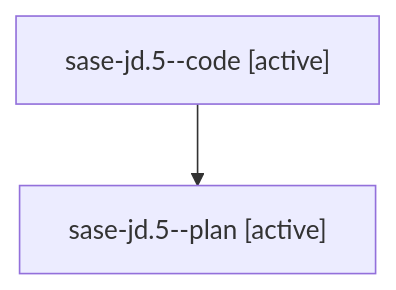
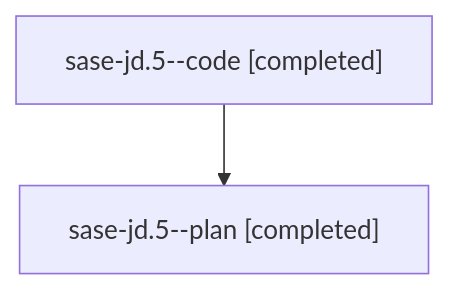
One commit to sase-org/sase--agents changed the diagram in families/bbugyi200.athena.sase-jd.5.md. Above: the diagram before and after it, drawn with Mermaid. The commit also changed other lines of this file and 72 other files, not shown here.

````diff
--- a/families/bbugyi200.athena.sase-jd.5.md
+++ b/families/bbugyi200.athena.sase-jd.5.md
@@ -9,6 +9,6 @@
 ```mermaid
 flowchart TD
-  n0["sase-jd.5--code [active]"]
-  n1["sase-jd.5--plan [active]"]
+  n0["sase-jd.5--code [completed]"]
+  n1["sase-jd.5--plan [completed]"]
   n0 --> n1
 ```
````
